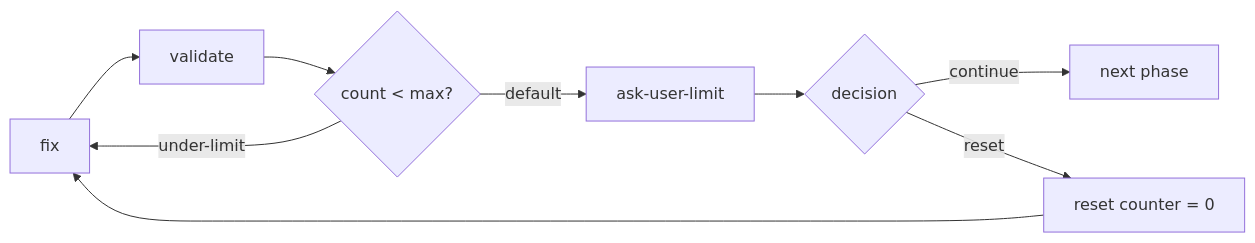
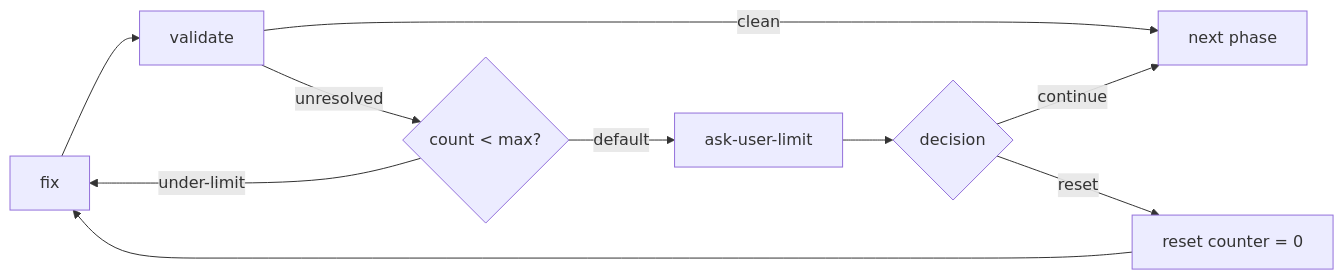
One commit to moira-mcp/moira changed the diagram in packages/mcp-server/src/help/content/patterns/escalation.md. Above: the diagram before and after it, drawn with Mermaid. The commit also changed other lines of this file and 417 other files, not shown here.

````diff
--- a/packages/mcp-server/src/help/content/patterns/escalation.md
+++ b/packages/mcp-server/src/help/content/patterns/escalation.md
@@ -19,11 +23,12 @@
 ```mermaid
 flowchart LR
     F[fix] --> V[validate]
-    V --> C{count < max?}
+    V -->|clean| N[next phase]
+    V -->|unresolved| C{count < max?}
     C -->|under-limit| F
     C -->|default| A[ask-user-limit]
     A --> D{decision}
     D -->|continue| N[next phase]
     D -->|reset| R[reset counter = 0]
     R --> F
 ```
````
